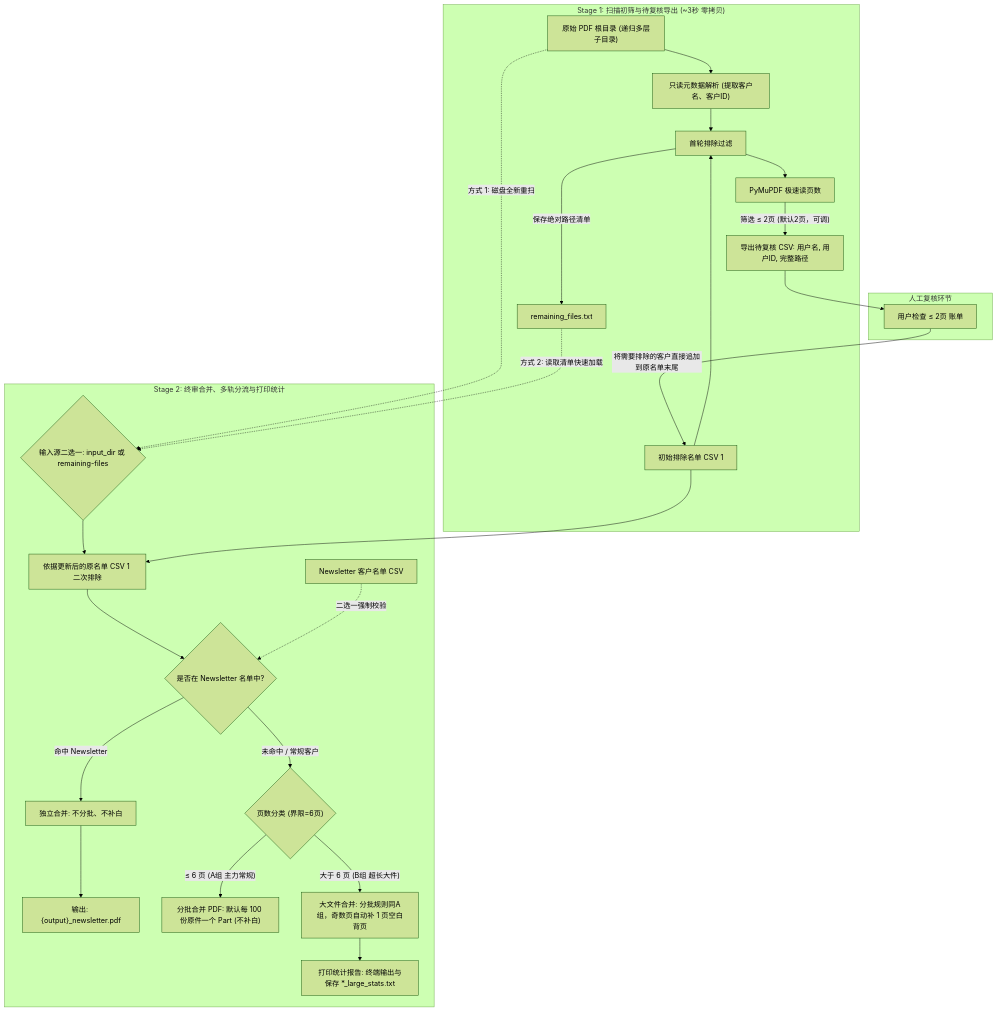
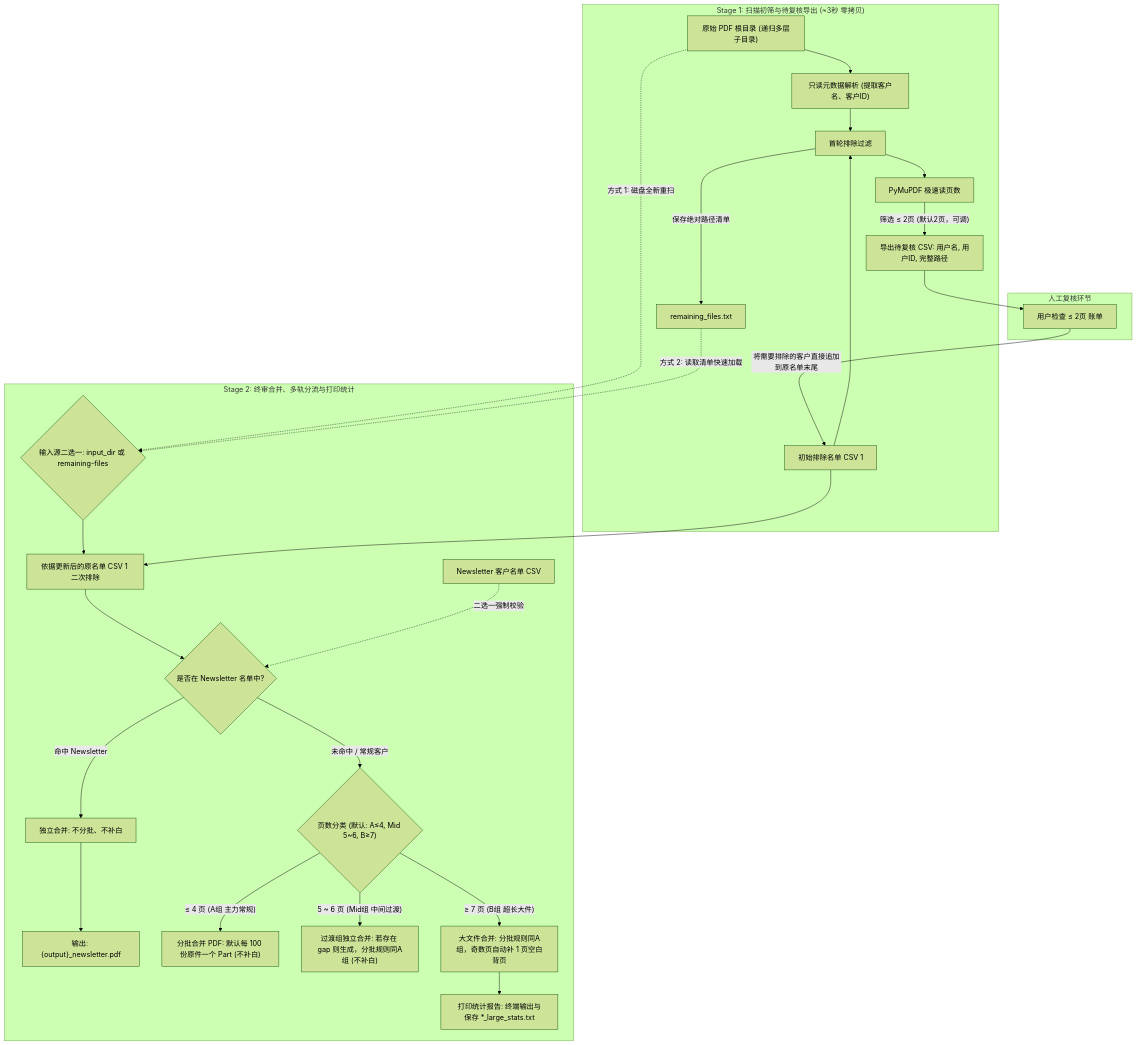
The diagram in pdf_tool_v2/README.md (cityzz/mmPdf), drawn with Mermaid (forest theme) before and after one commit. The commit also changed other lines of this file and 1 other file, not shown here.

Commit message:
Update v2 pdftool, add mid group

````diff
--- a/pdf_tool_v2/README.md
+++ b/pdf_tool_v2/README.md
@@ -26,36 +26,37 @@
 ```mermaid
 flowchart TD
     subgraph Stage1 ["Stage 1: 扫描初筛与待复核导出 (~3秒 零拷贝)"]
         A["原始 PDF 根目录 (递归多层子目录)"] --> B["只读元数据解析 (提取客户名、客户ID)"]
         CSV1["初始排除名单 CSV 1"] --> C[首轮排除过滤]
         B --> C
         C -->|保存绝对路径清单| Txt[remaining_files.txt]
         C --> D[PyMuPDF 极速读页数]
         D -->|"筛选 ≤ 2页 (默认2页，可调)"| E["导出待复核 CSV: 用户名, 用户ID, 完整路径"]
     end
 
     subgraph Review [人工复核环节]
         E --> F["用户检查 ≤ 2页 账单"]
         F -->|将需要排除的客户直接追加到原名单末尾| CSV1
     end
 
     subgraph Stage2 ["Stage 2: 终审合并、多轨分流与打印统计"]
         InChoice{"输入源二选一: input_dir 或 remaining-files"}
         A -.->|"方式 1: 磁盘全新重扫"| InChoice
         Txt -.->|"方式 2: 读取清单快速加载"| InChoice
 
         InChoice --> G[依据更新后的原名单 CSV 1 二次排除]
         CSV1 --> G
         G --> N_CHECK{"是否在 Newsletter 名单中?"}
         CSV_N["Newsletter 客户名单 CSV"] -.->|二选一强制校验| N_CHECK
 
         N_CHECK -->|命中 Newsletter| N_GRP["独立合并: 不分批、不补白"]
         N_GRP --> OUT_N["输出: {output}_newsletter.pdf"]
 
-        N_CHECK -->|未命中 / 常规客户| H{"页数分类 (界限=6页)"}
+        N_CHECK -->|未命中 / 常规客户| H{"页数分类 (默认: A≤4, Mid 5~6, B≥7)"}
 
-        H -->|"≤ 6 页 (A组 主力常规)"| I["分批合并 PDF: 默认每 100 份原件一个 Part (不补白)"]
-        H -->|"大于 6 页 (B组 超长大件)"| J["大文件合并: 分批规则同A组，奇数页自动补 1 页空白背页"]
+        H -->|"≤ 4 页 (A组 主力常规)"| I["分批合并 PDF: 默认每 100 份原件一个 Part (不补白)"]
+        H -->|"5 ~ 6 页 (Mid组 中间过渡)"| M["过渡组独立合并: 若存在 gap 则生成，分批规则同A组 (不补白)"]
+        H -->|"≥ 7 页 (B组 超长大件)"| J["大文件合并: 分批规则同A组，奇数页自动补 1 页空白背页"]
         J --> K["打印统计报告: 终端输出与保存 *_large_stats.txt"]
     end
 ```
````
